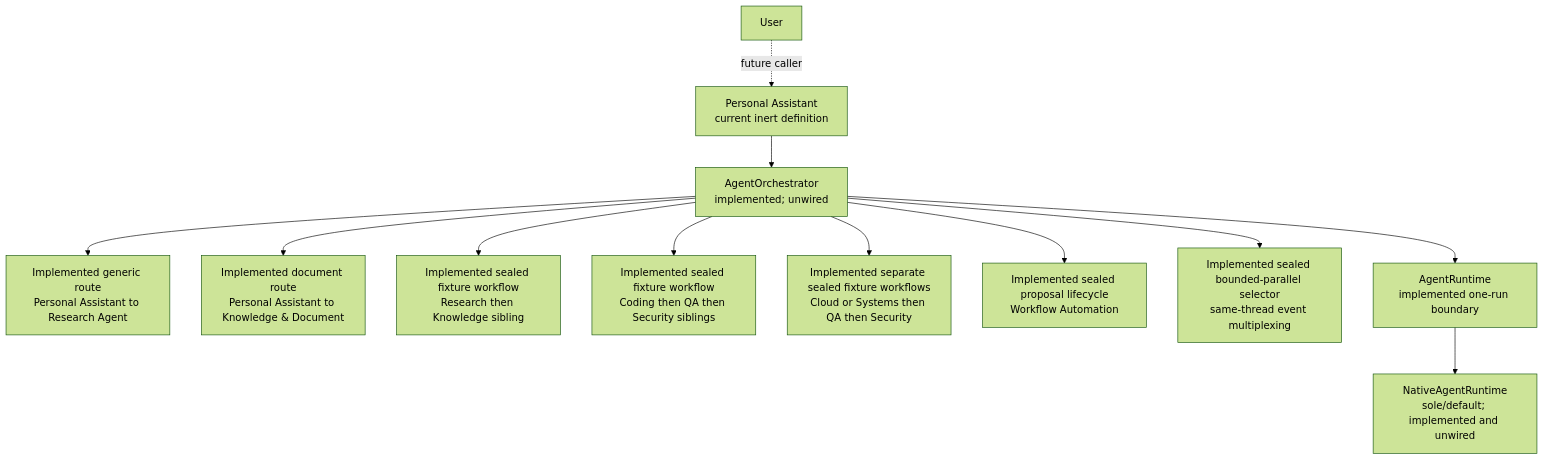
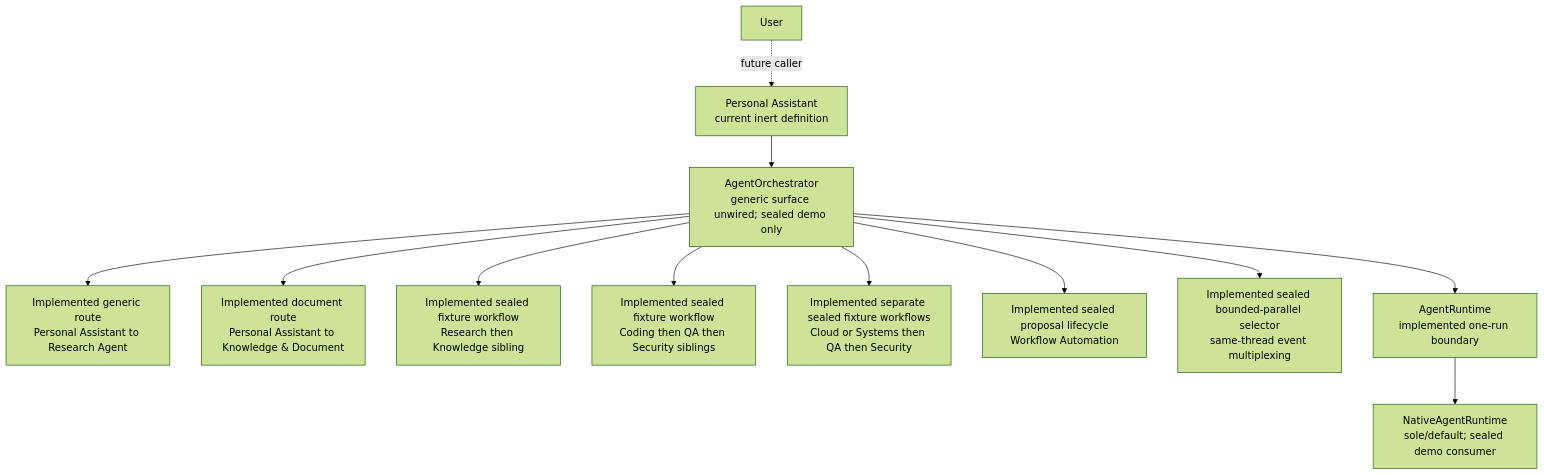
One commit to SillyRbbit/ai-agent-assistant changed the fourth of 5 diagrams in ARCHITECTURE.md. Above: the diagram before and after it, drawn with Mermaid (forest theme). The commit also changed other lines of this file and 28 other files, not shown here.

````diff
--- a/ARCHITECTURE.md
+++ b/ARCHITECTURE.md
@@ -260,14 +279,14 @@
 ```mermaid
 flowchart TD
     User["User"] -. "future caller" .-> Personal["Personal Assistant<br/>current inert definition"]
-    Personal --> Orchestrator["AgentOrchestrator<br/>implemented; unwired"]
+    Personal --> Orchestrator["AgentOrchestrator<br/>generic surface unwired; sealed demo only"]
     Orchestrator --> Research["Implemented generic route<br/>Personal Assistant to Research Agent"]
     Orchestrator --> Knowledge["Implemented document route<br/>Personal Assistant to Knowledge & Document"]
     Orchestrator --> ResearchKnowledge["Implemented sealed fixture workflow<br/>Research then Knowledge sibling"]
     Orchestrator --> Engineering["Implemented sealed fixture workflow<br/>Coding then QA then Security siblings"]
     Orchestrator --> Operations["Implemented separate sealed fixture workflows<br/>Cloud or Systems then QA then Security"]
     Orchestrator --> Automation["Implemented sealed proposal lifecycle<br/>Workflow Automation"]
     Orchestrator --> Parallel["Implemented sealed bounded-parallel selector<br/>same-thread event multiplexing"]
     Orchestrator --> Runtime["AgentRuntime<br/>implemented one-run boundary"]
-    Runtime --> Native["NativeAgentRuntime<br/>sole/default; implemented and unwired"]
+    Runtime --> Native["NativeAgentRuntime<br/>sole/default; sealed demo consumer"]
 ```
````
